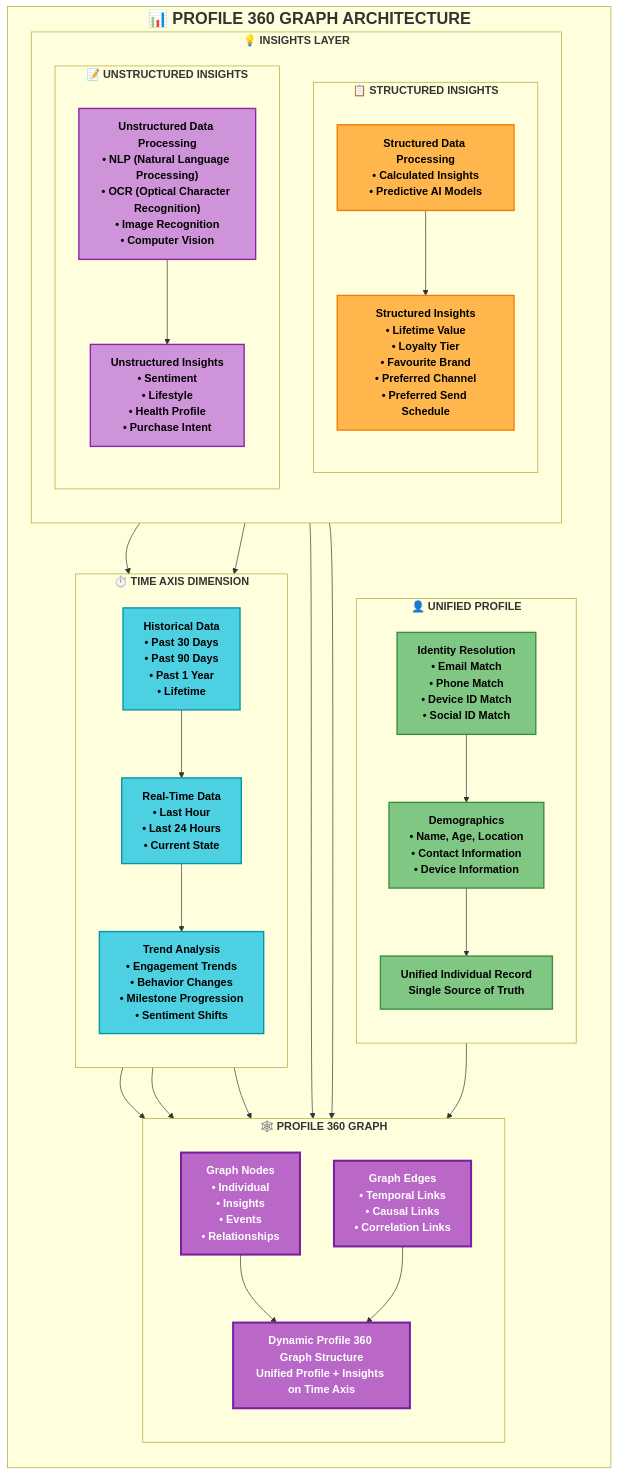
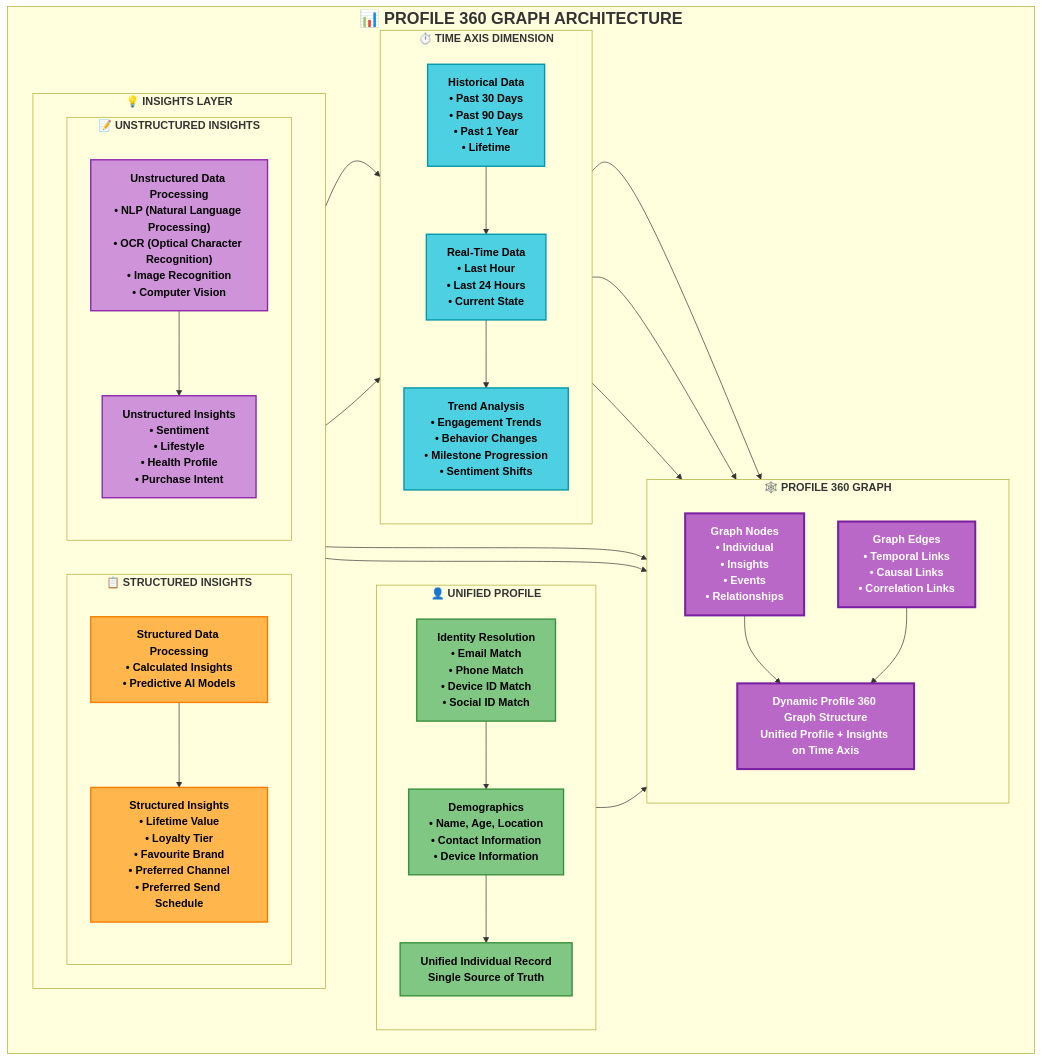
Before and after one commit to biswarupbsf/datacloud-personalization-app: the second of 2 diagrams in ARCHITECTURE_FLOWCHART.md, drawn with Mermaid.

Commit message:
Restructure Profile 360 Graph flowchart layout to match Complete System Architecture dimensions - use horizontal layout

```diff
--- a/ARCHITECTURE_FLOWCHART.md
+++ b/ARCHITECTURE_FLOWCHART.md
@@ -223,7 +223,7 @@
     %% PROFILE 360 GRAPH COMPONENTS
     %% ============================================
     subgraph Profile360["<b><font size='+2'>📊 PROFILE 360 GRAPH ARCHITECTURE</font></b>"]
-        direction TB
+        direction LR
         
         subgraph Unified["<b>👤 UNIFIED PROFILE</b>"]
             direction TB
@@ -233,7 +233,7 @@
         end
         
         subgraph Insights["<b>💡 INSIGHTS LAYER</b>"]
-            direction TB
+            direction LR
             
             subgraph Structured["<b>📋 STRUCTURED INSIGHTS</b>"]
                 direction TB
```
